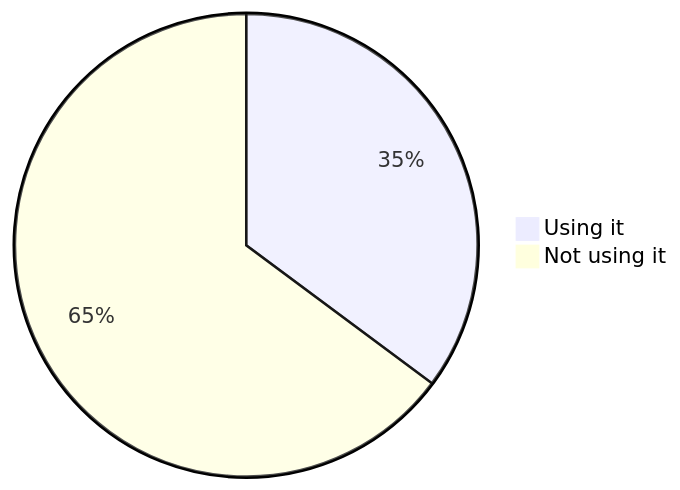
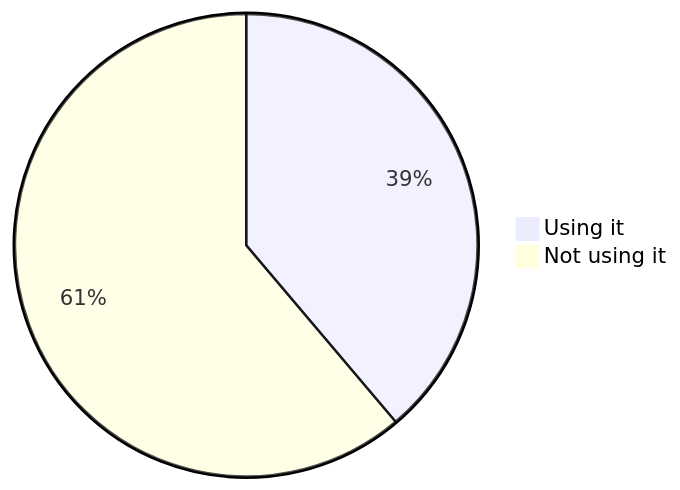
The third of 18 diagrams in stats.md (oshp/oshp-stats), drawn with Mermaid before and after one commit. The commit also changed other lines of this file and 1 other file, not shown here.

````diff
--- a/stats.md
+++ b/stats.md
@@ -32,6 +32,6 @@
 ```mermaid
 pie
-	"Using it" : 35.17
-	"Not using it" : 64.83
+	"Using it" : 38.82
+	"Not using it" : 61.18
 
 ```
````
